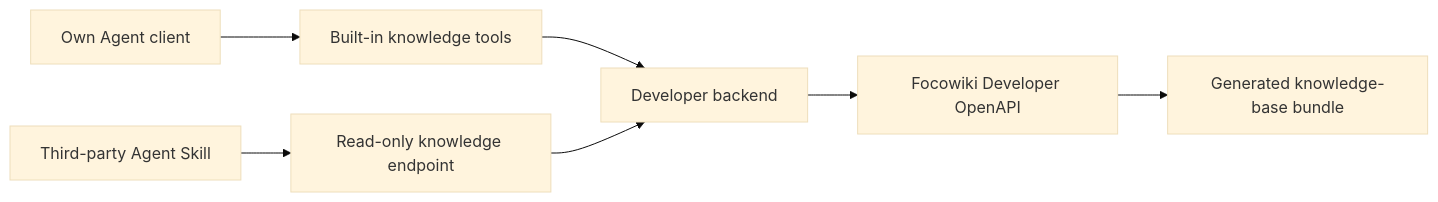
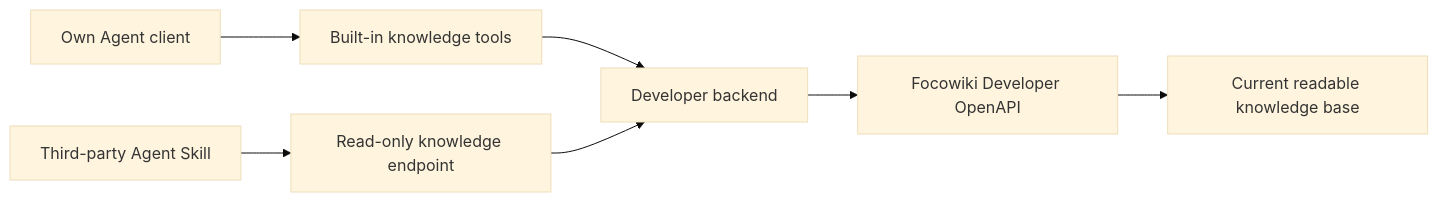
One commit to farozerolabs/focowiki changed the diagram in docs/agent-integration/index.md. Above: the diagram before and after it, drawn with Mermaid (base theme). The commit also changed other lines of this file and 1390 other files, not shown here.

````diff
--- a/docs/agent-integration/index.md
+++ b/docs/agent-integration/index.md
@@ -18,9 +18,9 @@
 ```mermaid
 flowchart LR
   OwnAgent["Own Agent client"] --> Tools["Built-in knowledge tools"]
   ThirdParty["Third-party Agent Skill"] --> Endpoint["Read-only knowledge endpoint"]
   Tools --> Backend["Developer backend"]
   Endpoint --> Backend
   Backend --> OpenAPI["Focowiki Developer OpenAPI"]
-  OpenAPI --> Bundle["Generated knowledge-base bundle"]
+  OpenAPI --> Knowledge["Current readable knowledge base"]
 ```
````
